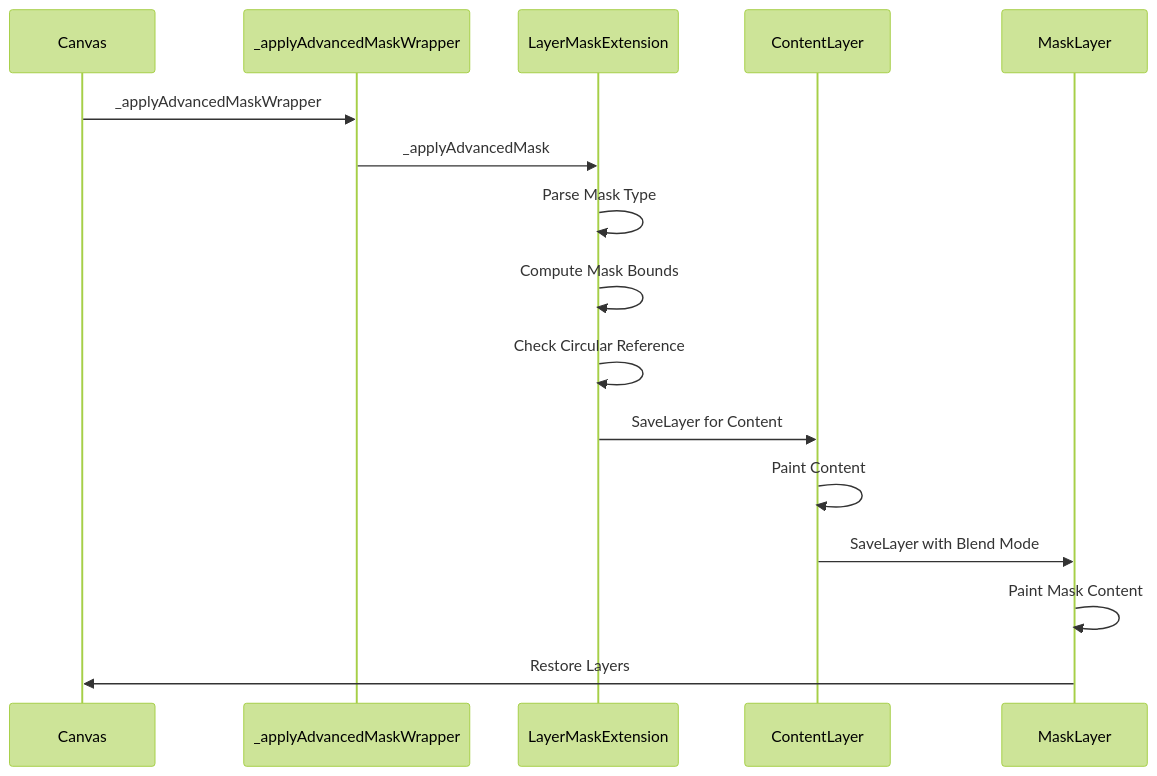
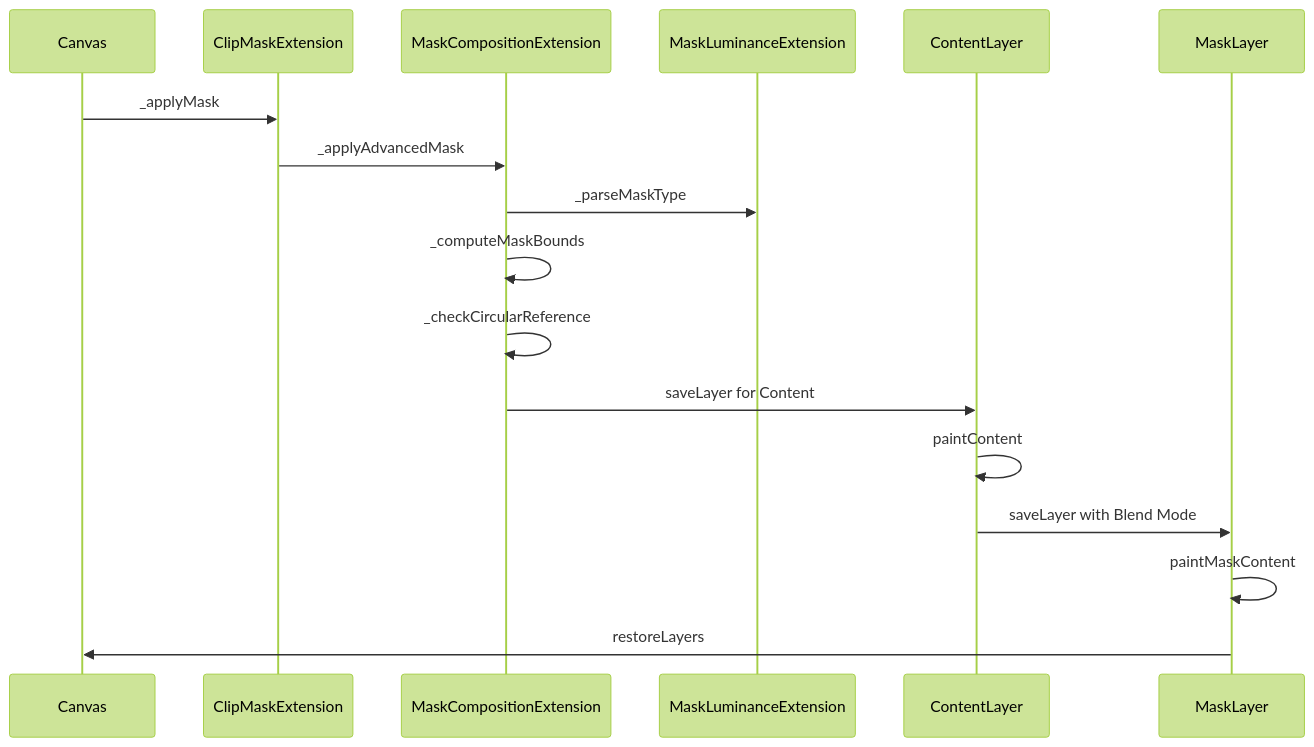
The third of 10 diagrams in .qoder/repowiki/en/content/Animated SVG Support/Advanced Animation Features/SVG Filters and Effects/Advanced Clipping and Masking System.md (denisnadey/flutter_full_svg_support), drawn with Mermaid (forest theme) before and after one commit. The commit also changed other lines of this file and 60 other files, not shown here.

````diff
--- a/.qoder/repowiki/en/content/Animated SVG Support/Advanced Animation Features/SVG Filters and Effects/Advanced Clipping and Masking System.md
+++ b/.qoder/repowiki/en/content/Animated SVG Support/Advanced Animation Features/SVG Filters and Effects/Advanced Clipping and Masking System.md
@@ -176,18 +230,19 @@
 ```mermaid
 sequenceDiagram
 participant Canvas as Canvas
-participant Wrapper as _applyAdvancedMaskWrapper
-participant LayerMask as LayerMaskExtension
+participant ClipMask as ClipMaskExtension
+participant MaskComp as MaskCompositionExtension
+participant MaskLum as MaskLuminanceExtension
 participant ContentLayer as ContentLayer
 participant MaskLayer as MaskLayer
-Canvas->>Wrapper : _applyAdvancedMaskWrapper
-Wrapper->>LayerMask : _applyAdvancedMask
-LayerMask->>LayerMask : Parse Mask Type
-LayerMask->>LayerMask : Compute Mask Bounds
-LayerMask->>LayerMask : Check Circular Reference
-LayerMask->>ContentLayer : SaveLayer for Content
-ContentLayer->>ContentLayer : Paint Content
-ContentLayer->>MaskLayer : SaveLayer with Blend Mode
-MaskLayer->>MaskLayer : Paint Mask Content
-MaskLayer->>Canvas : Restore Layers
+Canvas->>ClipMask : _applyMask
+ClipMask->>MaskComp : _applyAdvancedMask
+MaskComp->>MaskLum : _parseMaskType
+MaskComp->>MaskComp : _computeMaskBounds
+MaskComp->>MaskComp : _checkCircularReference
+MaskComp->>ContentLayer : saveLayer for Content
+ContentLayer->>ContentLayer : paintContent
+ContentLayer->>MaskLayer : saveLayer with Blend Mode
+MaskLayer->>MaskLayer : paintMaskContent
+MaskLayer->>Canvas : restoreLayers
 ```
````
